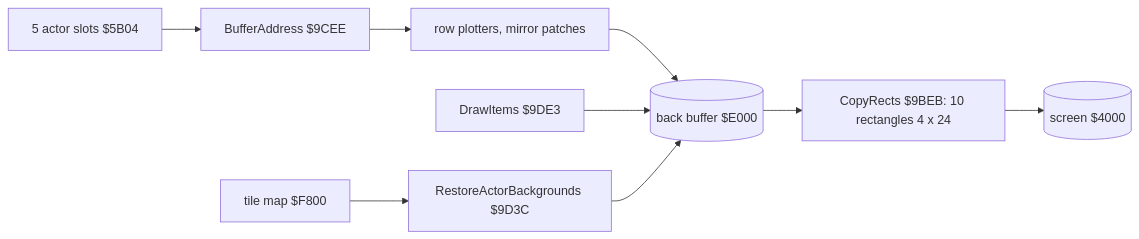
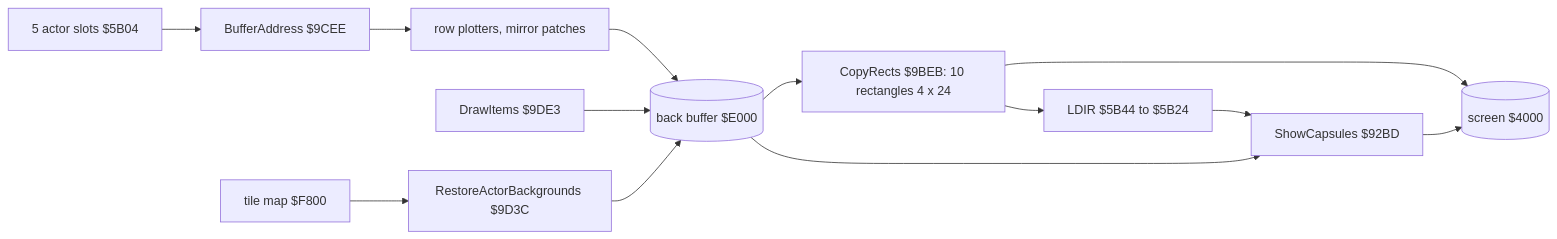
The fourth of 9 diagrams in games/terramex/docs/04-game-loop.md (alfishe/unrealng-reverse-cases), drawn with Mermaid before and after one commit. The commit also changed other lines of this file and 31 other files, not shown here.

````diff
--- a/games/terramex/docs/04-game-loop.md
+++ b/games/terramex/docs/04-game-loop.md
@@ -452,11 +461,15 @@
 ```mermaid
 flowchart LR
     S["5 actor slots $5B04"] --> B["BufferAddress $9CEE"]
     B --> P["row plotters, mirror patches"]
     P --> BUF[("back buffer $E000")]
     IT["DrawItems $9DE3"] --> BUF
     BUF --> C["CopyRects $9BEB: 10 rectangles 4 x 24"]
     C --> SCR[("screen $4000")]
+    C --> L["LDIR $5B44 to $5B24"]
+    L --> SC["ShowCapsules $92BD"]
+    BUF --> SC
+    SC --> SCR
     TM["tile map $F800"] --> RB["RestoreActorBackgrounds $9D3C"]
     RB --> BUF
 ```
````
